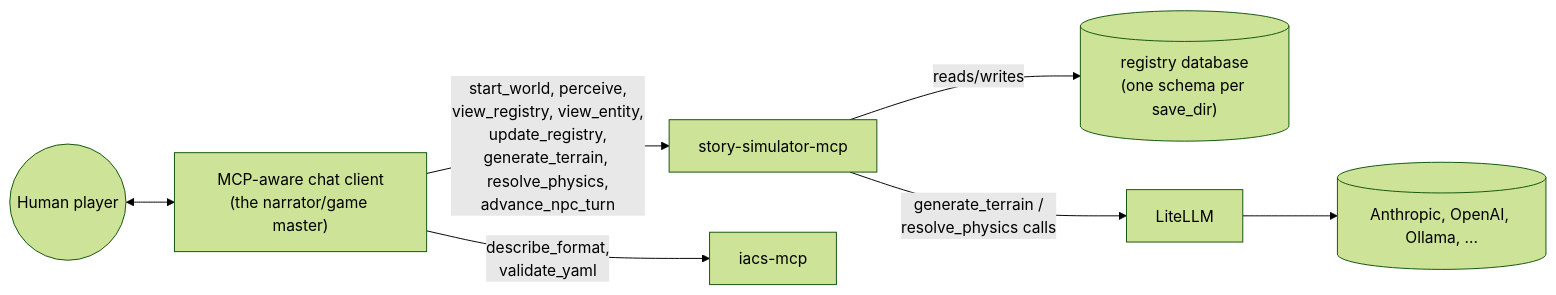
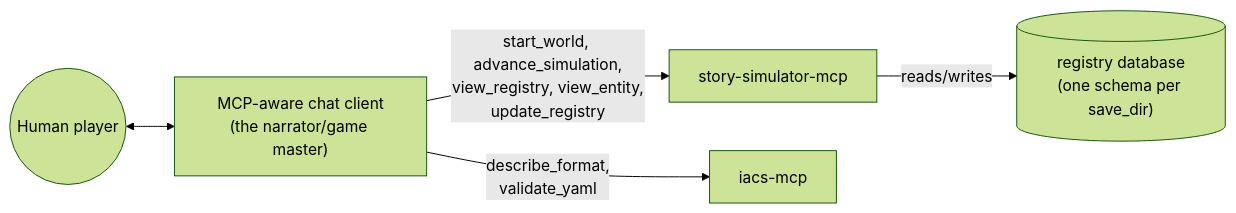
The first of 2 diagrams in docs/architecture.md (zhafen/story-simulator), drawn with Mermaid (forest theme) before and after one commit. The commit also changed other lines of this file and 29 other files, not shown here.

First line of the commit message:
Extract _process_due_entity; shelve character/npc/physics/terrain/spatial

````diff
--- a/docs/architecture.md
+++ b/docs/architecture.md
@@ -22,9 +22,7 @@
 ```mermaid
 flowchart LR
     Human(("Human player")) <--> Client["MCP-aware chat client<br/>(the narrator/game master)"]
-    Client -- "start_world, perceive,<br/>view_registry, view_entity,<br/>update_registry,<br/>generate_terrain, resolve_physics,<br/>advance_npc_turn" --> Server["story-simulator-mcp"]
+    Client -- "start_world, advance_simulation,<br/>view_registry, view_entity,<br/>update_registry" --> Server["story-simulator-mcp"]
     Client -- "describe_format,<br/>validate_yaml" --> Iacs["iacs-mcp"]
     Server -- "reads/writes" --> DB[("registry database<br/>(one schema per save_dir)")]
-    Server -- "generate_terrain /<br/>resolve_physics calls" --> LiteLLM
-    LiteLLM --> Provider[("Anthropic, OpenAI, Ollama, ...")]
 ```
````
